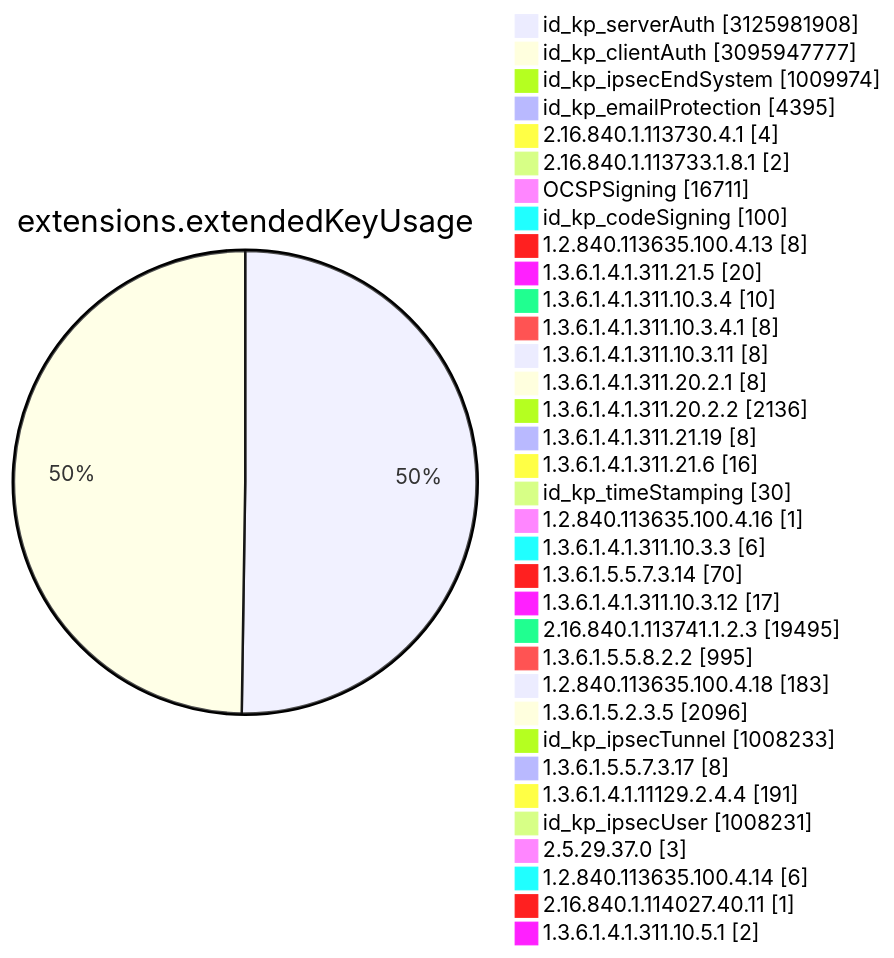
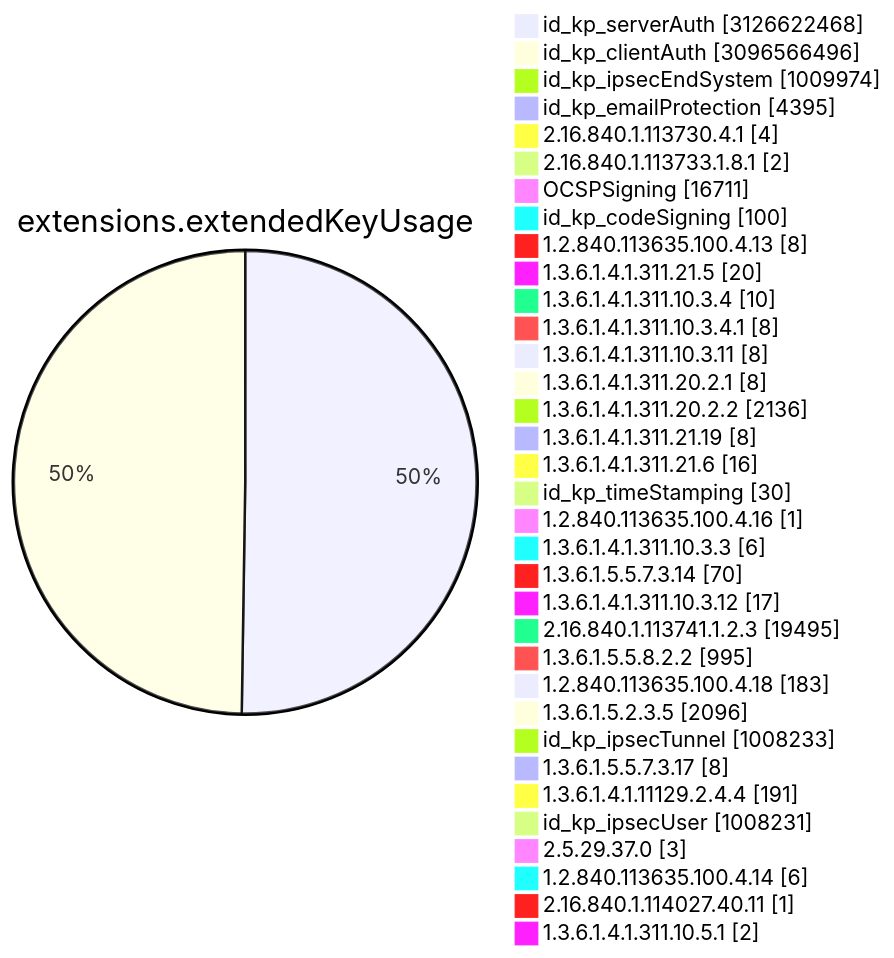
Diagram 11 of 15 in TOTAL/README.md (christiankrug/ctmonitor_visualization), drawn with Mermaid before and after one commit. The commit also changed other lines of this file, not shown here.

````diff
--- a/TOTAL/README.md
+++ b/TOTAL/README.md
@@ -4119,38 +4119,38 @@
 ```mermaid
 pie showData
 title extensions.extendedKeyUsage
-"id_kp_serverAuth" :3125981908
-"id_kp_clientAuth" :3095947777
+"id_kp_serverAuth" :3126622468
+"id_kp_clientAuth" :3096566496
 "id_kp_ipsecEndSystem" :1009974
 "id_kp_emailProtection" :4395
 "2.16.840.1.113730.4.1" :4
 "2.16.840.1.113733.1.8.1" :2
 "OCSPSigning" :16711
 "id_kp_codeSigning" :100
 "1.2.840.113635.100.4.13" :8
 "1.3.6.1.4.1.311.21.5" :20
 "1.3.6.1.4.1.311.10.3.4" :10
 "1.3.6.1.4.1.311.10.3.4.1" :8
 "1.3.6.1.4.1.311.10.3.11" :8
 "1.3.6.1.4.1.311.20.2.1" :8
 "1.3.6.1.4.1.311.20.2.2" :2136
 "1.3.6.1.4.1.311.21.19" :8
 "1.3.6.1.4.1.311.21.6" :16
 "id_kp_timeStamping" :30
 "1.2.840.113635.100.4.16" :1
 "1.3.6.1.4.1.311.10.3.3" :6
 "1.3.6.1.5.5.7.3.14" :70
 "1.3.6.1.4.1.311.10.3.12" :17
 "2.16.840.1.113741.1.2.3" :19495
 "1.3.6.1.5.5.8.2.2" :995
 "1.2.840.113635.100.4.18" :183
 "1.3.6.1.5.2.3.5" :2096
 "id_kp_ipsecTunnel" :1008233
 "1.3.6.1.5.5.7.3.17" :8
 "1.3.6.1.4.1.11129.2.4.4" :191
 "id_kp_ipsecUser" :1008231
 "2.5.29.37.0" :3
 "1.2.840.113635.100.4.14" :6
 "2.16.840.1.114027.40.11" :1
 "1.3.6.1.4.1.311.10.5.1" :2
 ```
````
